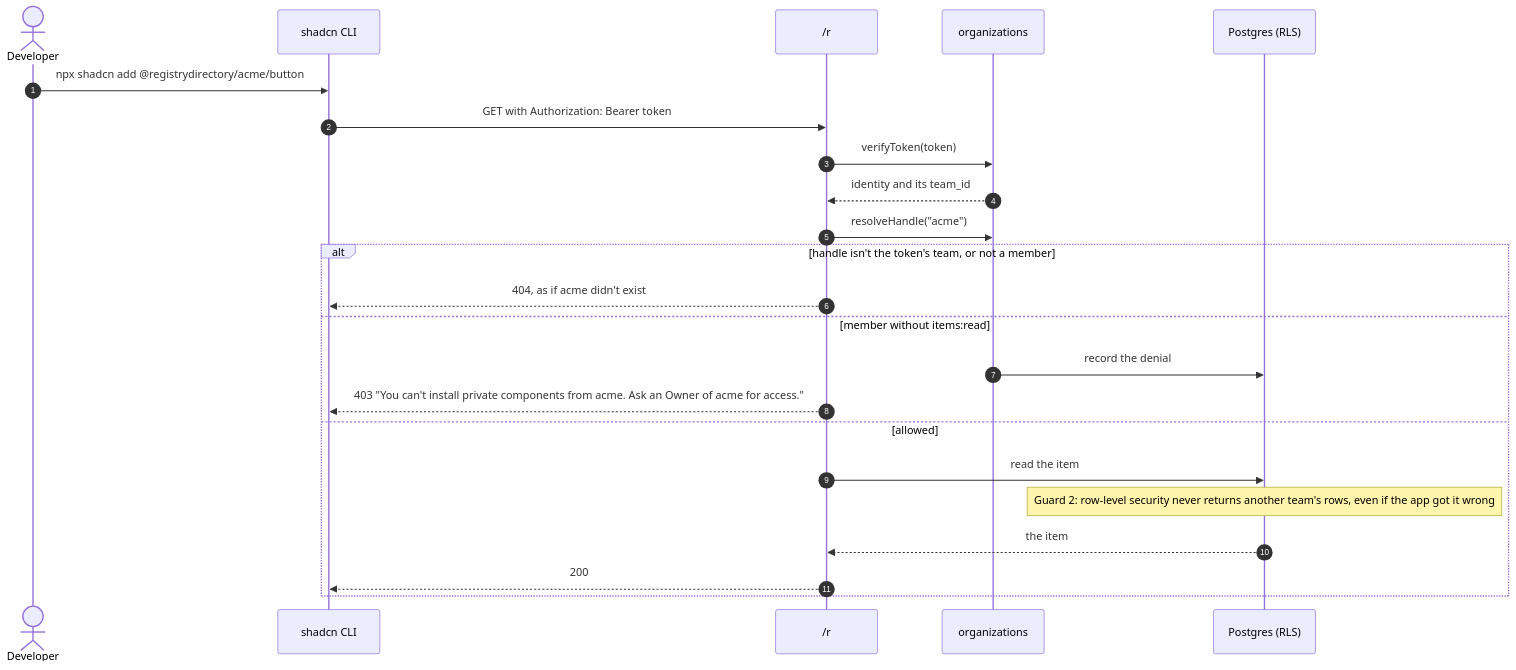
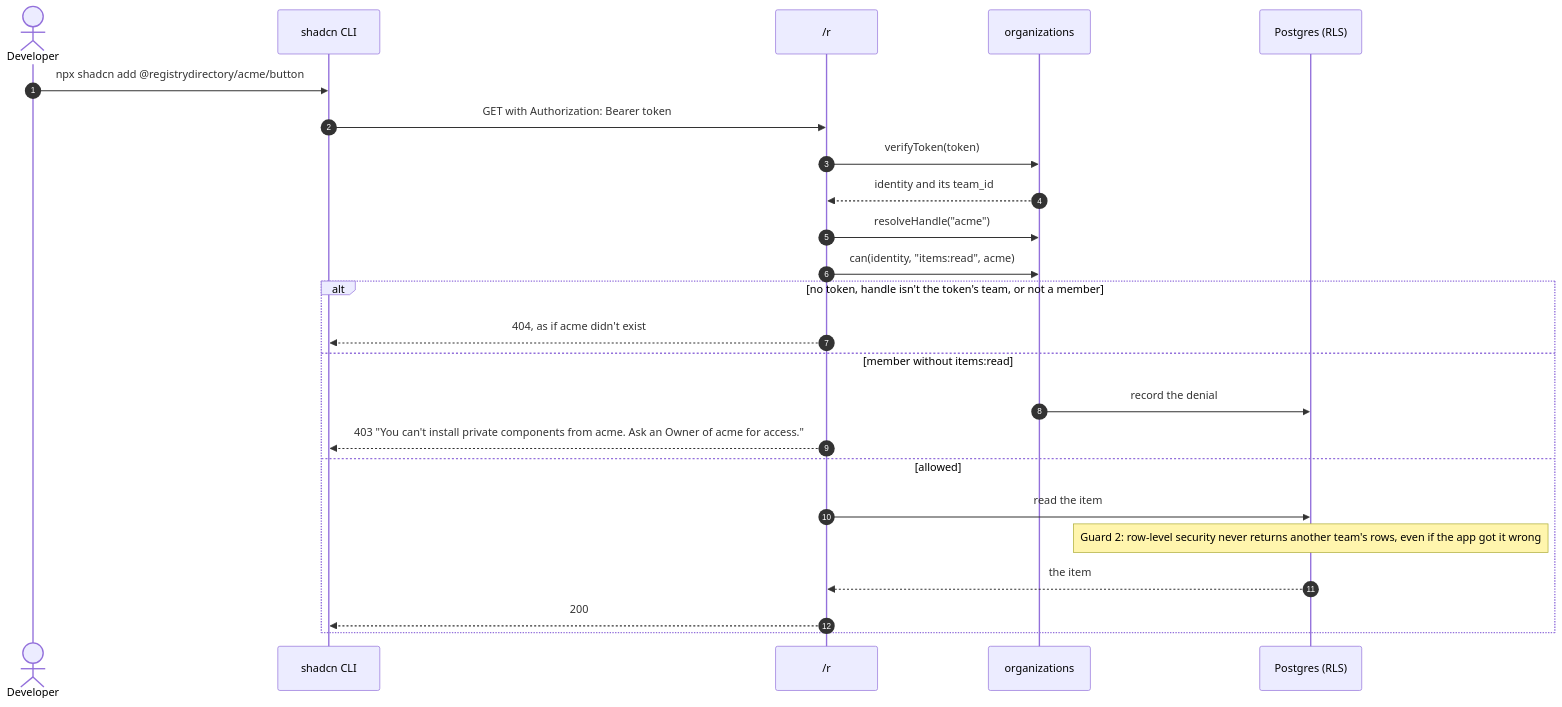
One commit to rbadillap/registry.directory changed the second of 2 diagrams in packages/organizations/README.md. Above: the diagram before and after it, drawn with Mermaid.

Commit message:
packages/organizations: show can() in the install walkthrough; no token also gets 404

````diff
--- a/packages/organizations/README.md
+++ b/packages/organizations/README.md
@@ -49,26 +49,27 @@
 ```mermaid
 sequenceDiagram
   autonumber
   actor Dev as Developer
   participant CLI as shadcn CLI
   participant R as /r
   participant O as organizations
   participant DB as Postgres (RLS)
 
   Dev->>CLI: npx shadcn add @registrydirectory/acme/button
   CLI->>R: GET with Authorization: Bearer token
   R->>O: verifyToken(token)
   O-->>R: identity and its team_id
   R->>O: resolveHandle("acme")
-  alt handle isn't the token's team, or not a member
+  R->>O: can(identity, "items:read", acme)
+  alt no token, handle isn't the token's team, or not a member
     R-->>CLI: 404, as if acme didn't exist
   else member without items:read
     O->>DB: record the denial
     R-->>CLI: 403 "You can't install private components from acme. Ask an Owner of acme for access."
   else allowed
     R->>DB: read the item
     Note over DB: Guard 2: row-level security never returns another team's rows, even if the app got it wrong
     DB-->>R: the item
     R-->>CLI: 200
   end
 ```
````
